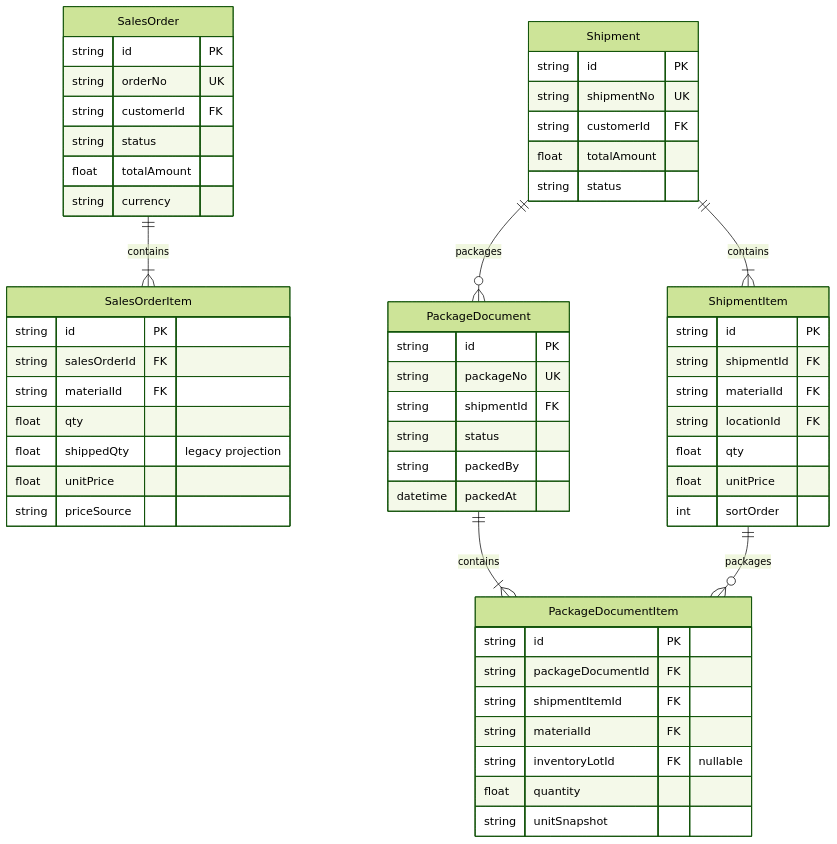
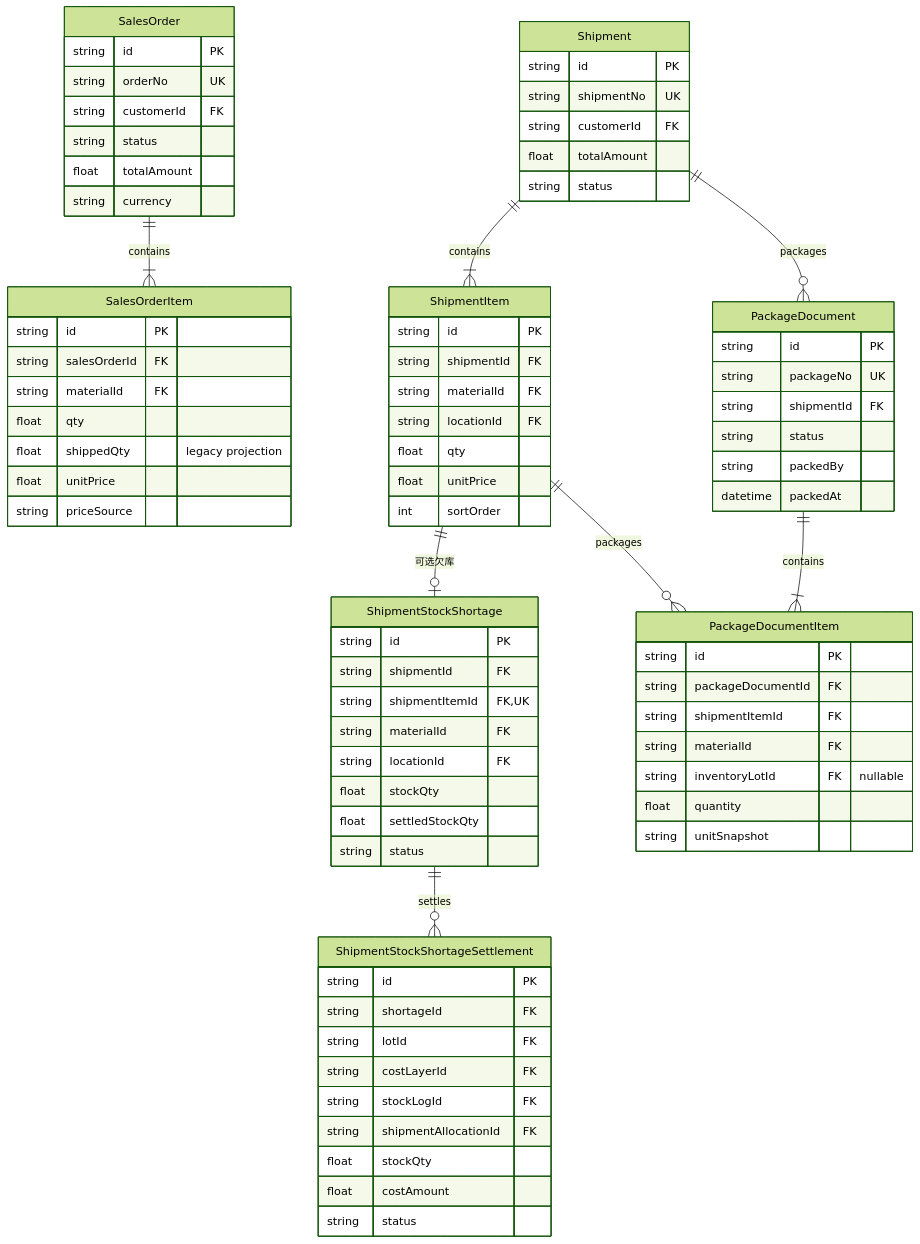
The second of 2 diagrams in docs/architecture/数据库结构.md (goldf2/mes-lite), drawn with Mermaid (forest theme) before and after one commit. The commit also changed other lines of this file and 42 other files, not shown here.

````diff
--- a/docs/architecture/数据库结构.md
+++ b/docs/architecture/数据库结构.md
@@ -163,58 +170,81 @@
 ```mermaid
 erDiagram
   SalesOrder {
     string id PK
     string orderNo UK
     string customerId FK
     string status
     float totalAmount
     string currency
   }
   SalesOrderItem {
     string id PK
     string salesOrderId FK
     string materialId FK
     float qty
     float shippedQty "legacy projection"
     float unitPrice
     string priceSource
   }
   Shipment {
     string id PK
     string shipmentNo UK
     string customerId FK
     float totalAmount
     string status
   }
   ShipmentItem {
     string id PK
     string shipmentId FK
     string materialId FK
     string locationId FK
     float qty
     float unitPrice
     int sortOrder
   }
+  ShipmentStockShortage {
+    string id PK
+    string shipmentId FK
+    string shipmentItemId FK,UK
+    string materialId FK
+    string locationId FK
+    float stockQty
+    float settledStockQty
+    string status
+  }
+  ShipmentStockShortageSettlement {
+    string id PK
+    string shortageId FK
+    string lotId FK
+    string costLayerId FK
+    string stockLogId FK
+    string shipmentAllocationId FK
+    float stockQty
+    float costAmount
+    string status
+  }
   PackageDocument {
     string id PK
     string packageNo UK
     string shipmentId FK
     string status
     string packedBy
     datetime packedAt
   }
   PackageDocumentItem {
     string id PK
     string packageDocumentId FK
     string shipmentItemId FK
     string materialId FK
     string inventoryLotId FK "nullable"
     float quantity
     string unitSnapshot
   }
   SalesOrder ||--|{ SalesOrderItem : contains
   Shipment ||--|{ ShipmentItem : contains
+  ShipmentItem ||--o| ShipmentStockShortage : "可选欠库"
+  ShipmentStockShortage ||--o{ ShipmentStockShortageSettlement : settles
   Shipment ||--o{ PackageDocument : packages
   PackageDocument ||--|{ PackageDocumentItem : contains
   ShipmentItem ||--o{ PackageDocumentItem : packages
 ```
````
